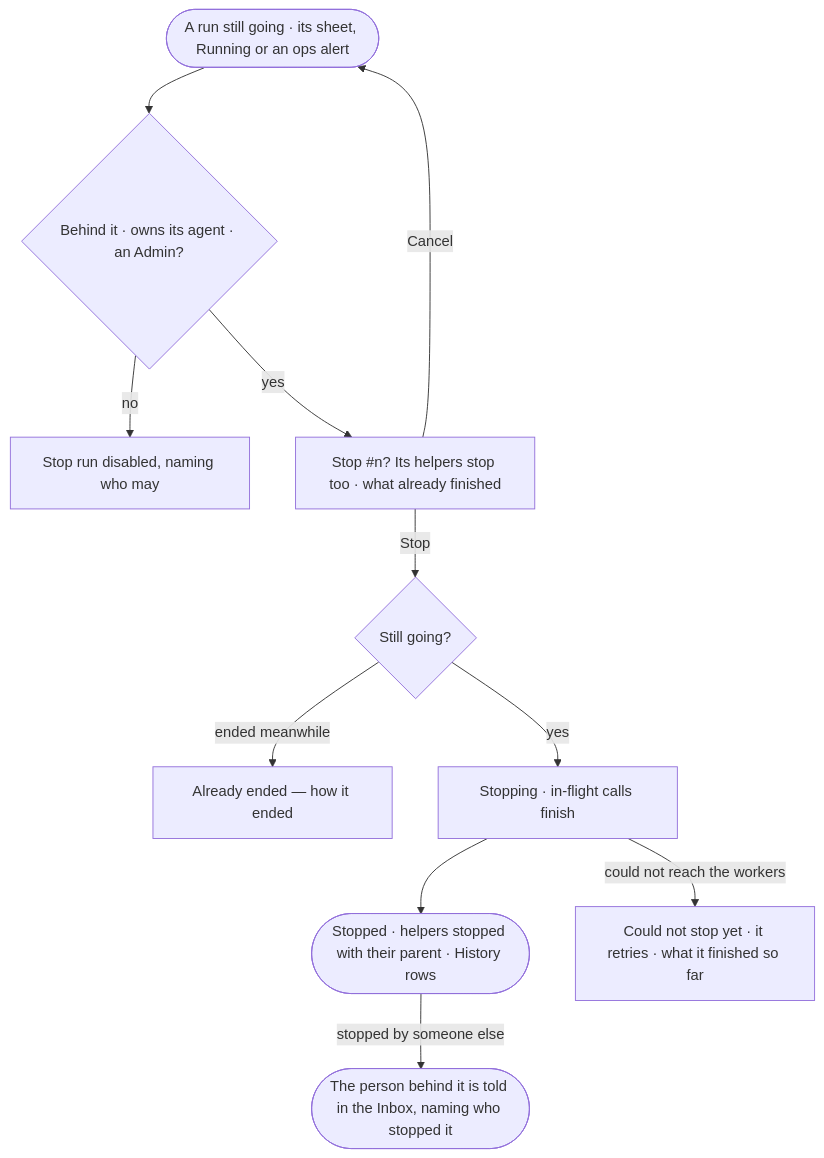
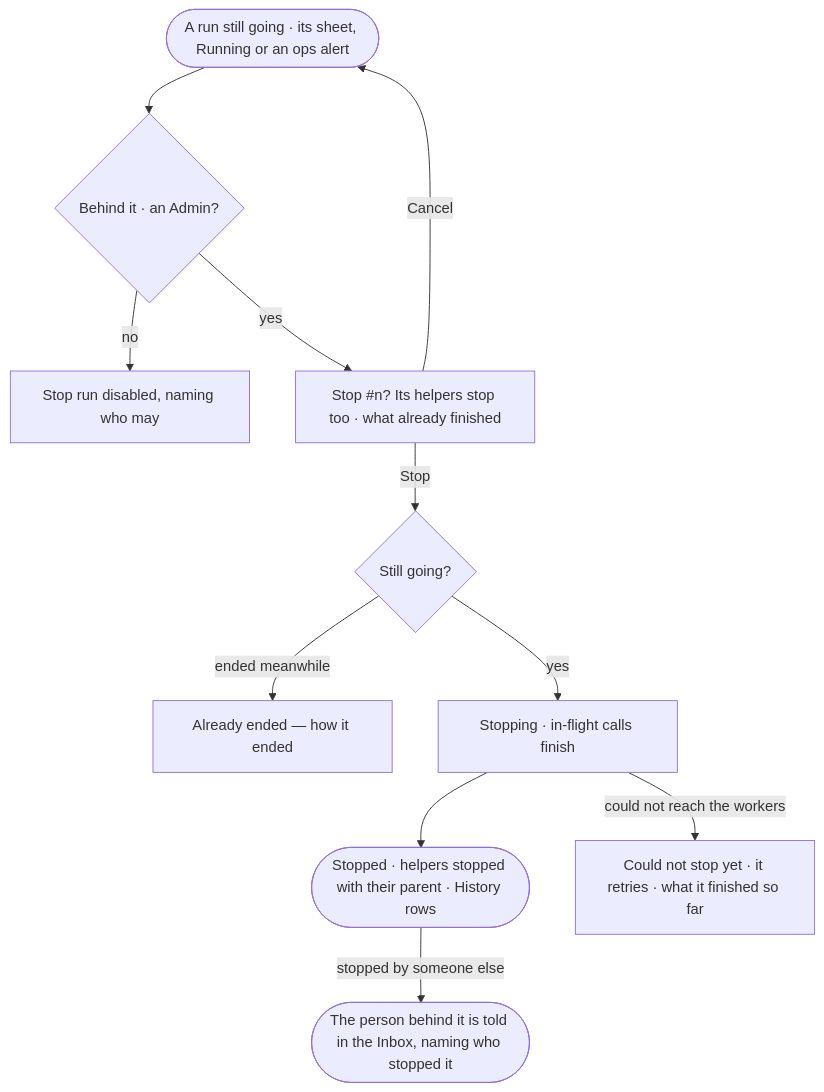
The diagram in specs/os/control/features/CP-F10-runs-and-how-the-agents-are-doing/stories/CP-58-stop-a-run-that-should-not-go-on/story.md (invana/invana), drawn with Mermaid before and after one commit. The commit also changed other lines of this file and 300 other files, not shown here.

````diff
--- a/specs/os/control/features/CP-F10-runs-and-how-the-agents-are-doing/stories/CP-58-stop-a-run-that-should-not-go-on/story.md
+++ b/specs/os/control/features/CP-F10-runs-and-how-the-agents-are-doing/stories/CP-58-stop-a-run-that-should-not-go-on/story.md
@@ -26,13 +26,13 @@
 ```mermaid
 flowchart TD
-  r([A run still going · its sheet, Running or an ops alert]) --> m{"Behind it · owns its agent · an Admin?"}
+  r([A run still going · its sheet, Running or an ops alert]) --> m{"Behind it · an Admin?"}
   m -->|no| d["Stop run disabled, naming who may"]
   m -->|yes| c["Stop #n? Its helpers stop too · what already finished"]
   c -->|Cancel| r
   c -->|Stop| s{"Still going?"}
   s -->|ended meanwhile| e["Already ended — how it ended"]
   s -->|yes| st["Stopping · in-flight calls finish"]
   st --> done(["Stopped · helpers stopped with their parent · History rows"])
   done -->|stopped by someone else| tell(["The person behind it is told in the Inbox, naming who stopped it"])
   st -->|could not reach the workers| f["Could not stop yet · it retries · what it finished so far"]
 ```
````
